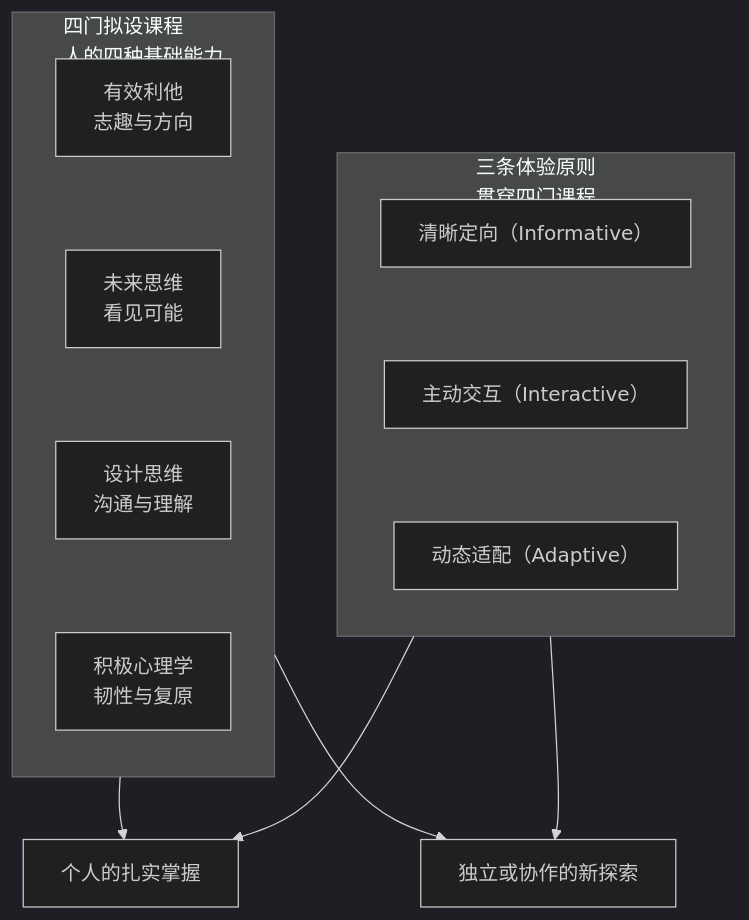
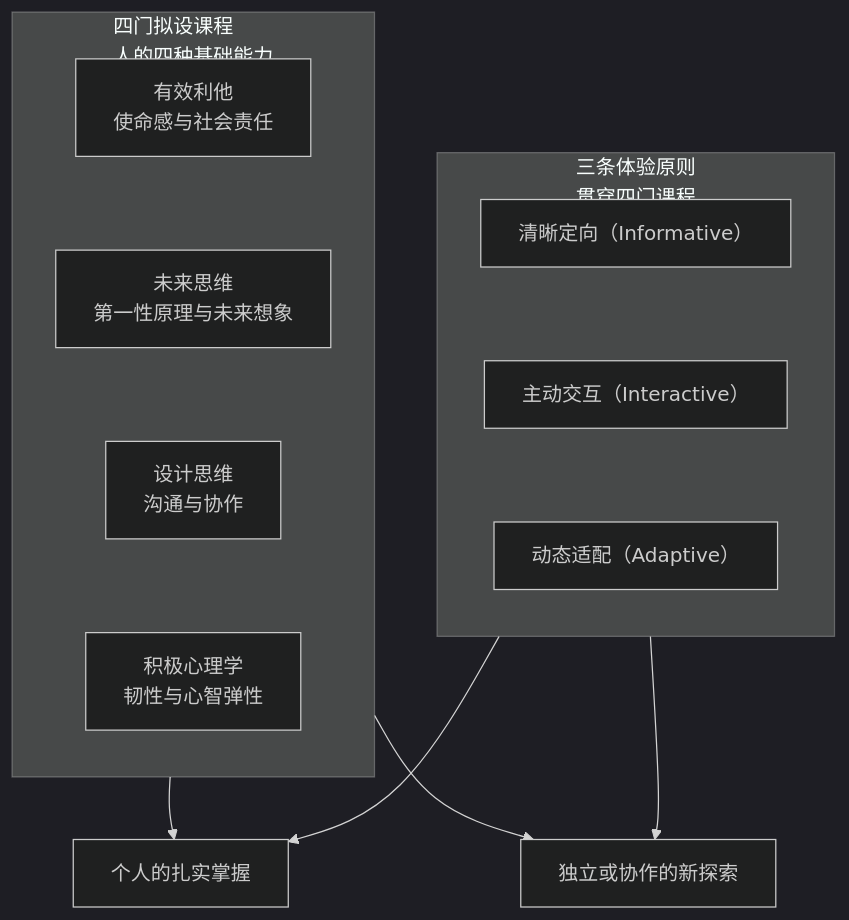
Before and after one commit to domijin/domijin.github.io: the diagram in articles/diagrams/open-learning-framework-zh.mmd, drawn with Mermaid (dark theme). The commit also changed 35 other files, not shown here.

```diff
--- a/articles/diagrams/open-learning-framework-zh.mmd
+++ b/articles/diagrams/open-learning-framework-zh.mmd
@@ -1,15 +1,15 @@
 flowchart TB
   accTitle: 开放学习的两个独立维度
-  accDescr: 四门拟设课程分别指向志趣与方向、看见可能、沟通与理解、韧性与复原；三条学习体验原则同时作用于四门课程。两维交织，指向个人的扎实掌握与独立或协作的新探索。
+  accDescr: 四门拟设课程分别指向使命感与社会责任、第一性原理与未来想象、沟通与协作、韧性与心智弹性；三条学习体验原则同时作用于四门课程。两维交织，指向个人的扎实掌握与独立或协作的新探索。
   subgraph A["四门拟设课程<br/>人的四种基础能力"]
     direction TB
-    A1["有效利他<br/>志趣与方向"] ~~~ A2["未来思维<br/>看见可能"] ~~~ A3["设计思维<br/>沟通与理解"] ~~~ A4["积极心理学<br/>韧性与复原"]
+    A1["有效利他<br/>使命感与社会责任"] ~~~ A2["未来思维<br/>第一性原理与未来想象"] ~~~ A3["设计思维<br/>沟通与协作"] ~~~ A4["积极心理学<br/>韧性与心智弹性"]
   end
   subgraph B["三条体验原则<br/>贯穿四门课程"]
     direction TB
     B1["清晰定向（Informative）"] ~~~ B2["主动交互（Interactive）"] ~~~ B3["动态适配（Adaptive）"]
   end
   A --> M["个人的扎实掌握"]
   B --> M
   A --> D["独立或协作的新探索"]
   B --> D
```
